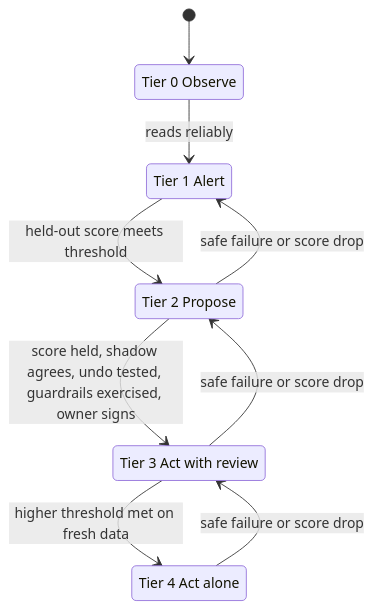
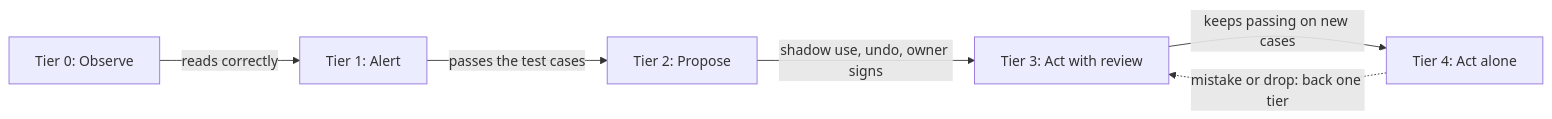
One commit to Benyoumen/agent-design-principles changed the second of 2 diagrams in docs/principles.md. Above: the diagram before and after it, drawn with Mermaid. The commit also changed other lines of this file and 2 other files, not shown here.

Commit message:
Plain-word diagrams and poster labels
Claude-Session: https://claude.ai/code/session_01MSPkWN2RCnxx7b54ZLnuXq

````diff
--- a/docs/principles.md
+++ b/docs/principles.md
@@ -40,17 +39,8 @@
 ```mermaid
-stateDiagram-v2
-  [*] --> Observe
-  Observe --> Alert: reads reliably
-  Alert --> Propose: held-out score meets threshold
-  Propose --> ActWithReview: score held, shadow agrees, undo tested, guardrails exercised, owner signs
-  ActWithReview --> ActAlone: higher threshold met on fresh data
-  ActAlone --> ActWithReview: safe failure or score drop
-  ActWithReview --> Propose: safe failure or score drop
-  Propose --> Alert: safe failure or score drop
-
-  Observe: Tier 0 Observe
-  Alert: Tier 1 Alert
-  Propose: Tier 2 Propose
-  ActWithReview: Tier 3 Act with review
-  ActAlone: Tier 4 Act alone
+flowchart LR
+  T0["Tier 0: Observe"] -- "reads correctly" --> T1["Tier 1: Alert"]
+  T1 -- "passes the test cases" --> T2["Tier 2: Propose"]
+  T2 -- "shadow use, undo, owner signs" --> T3["Tier 3: Act with review"]
+  T3 -- "keeps passing on new cases" --> T4["Tier 4: Act alone"]
+  T4 -. "mistake or drop: back one tier" .-> T3
 ```
````
